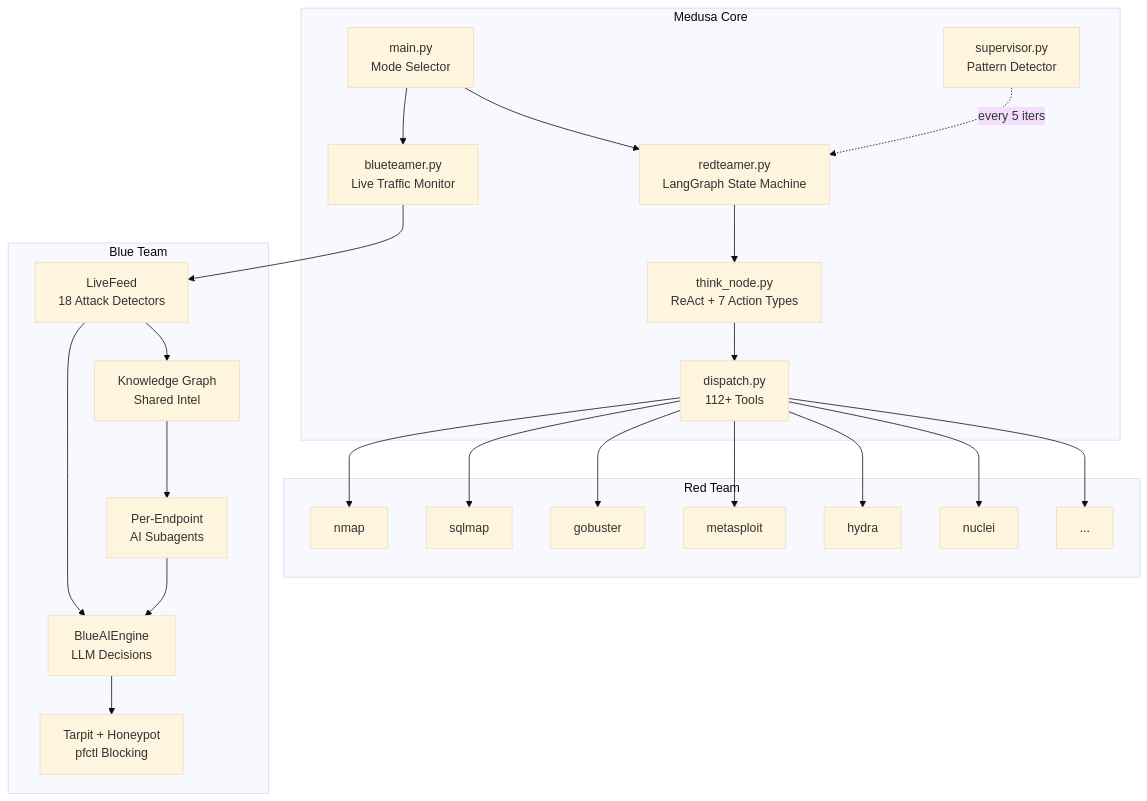
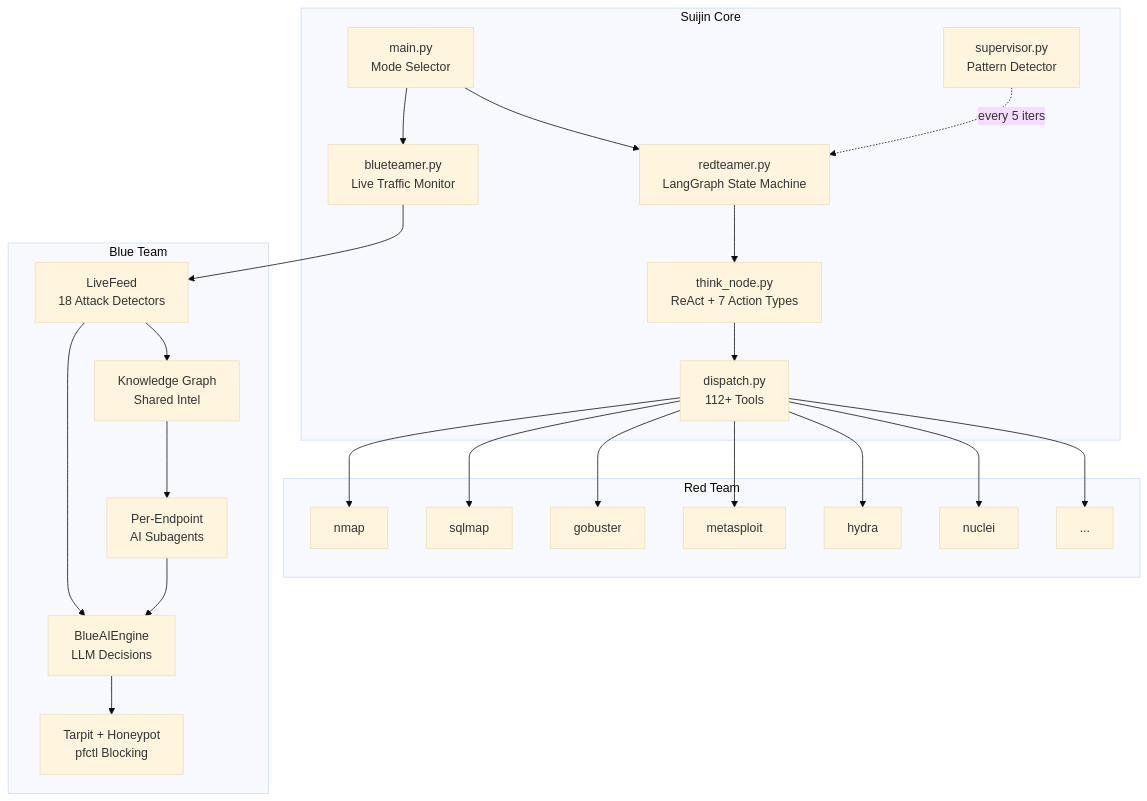
One commit to 0xwi11iam/Medusa changed the diagram in README.md. Above: the diagram before and after it, drawn with Mermaid (base theme). The commit also changed other lines of this file and 466 other files, not shown here.

First line of the commit message:
feat!: full product rename — Medusa is now Suijin (v2.12.0)

````diff
--- a/README.md
+++ b/README.md
@@ -525,29 +535,29 @@
 ```mermaid
 graph TB
-    subgraph "Medusa Core"
+    subgraph "Suijin Core"
         MAIN[main.py<br/>Mode Selector]
         RED[redteamer.py<br/>LangGraph State Machine]
         BLUE[blueteamer.py<br/>Live Traffic Monitor]
         THINK[think_node.py<br/>ReAct + 7 Action Types]
         TOOLS[dispatch.py<br/>112+ Tools]
         SUP[supervisor.py<br/>Pattern Detector]
     end
     subgraph "Red Team"
         NMAP[nmap] & SQLMAP[sqlmap] & GOBUSTER[gobuster]
         META[metasploit] & HYDRA[hydra] & NUCLEI[nuclei]
         MORE[...]
     end
     subgraph "Blue Team"
         FEED[LiveFeed<br/>18 Attack Detectors]
         AI[BlueAIEngine<br/>LLM Decisions]
         KG2[Knowledge Graph<br/>Shared Intel]
         DECEIVE[Tarpit + Honeypot<br/>pfctl Blocking]
         SUB[Per-Endpoint<br/>AI Subagents]
     end
     MAIN --> RED & BLUE
     RED --> THINK --> TOOLS
     BLUE --> FEED --> AI --> DECEIVE
     FEED --> KG2 --> SUB --> AI
     TOOLS --> NMAP & SQLMAP & GOBUSTER & META & HYDRA & NUCLEI & MORE
     SUP -.->|every 5 iters| RED
 ```
````
